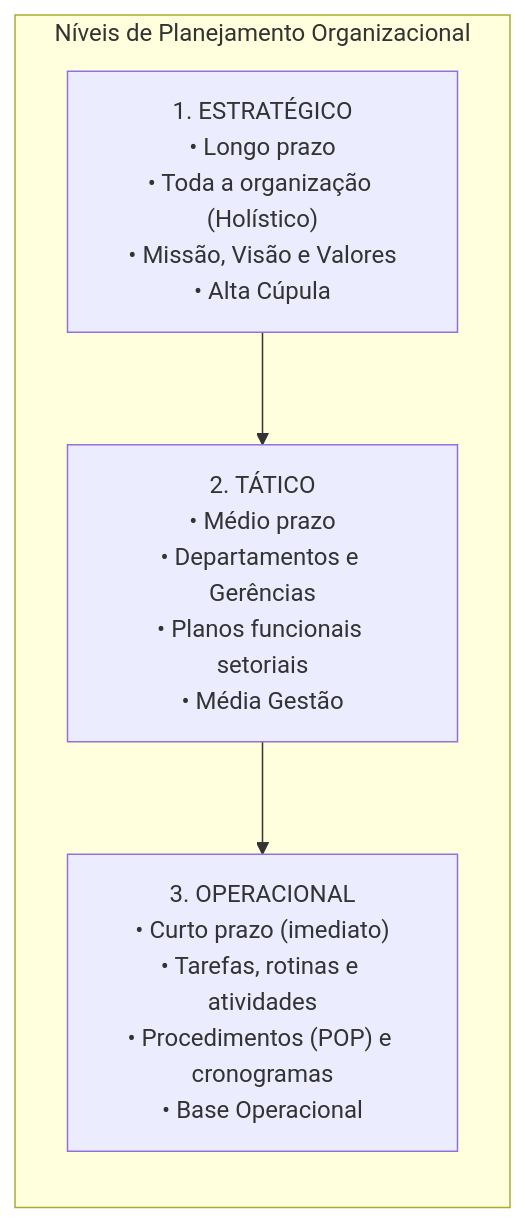
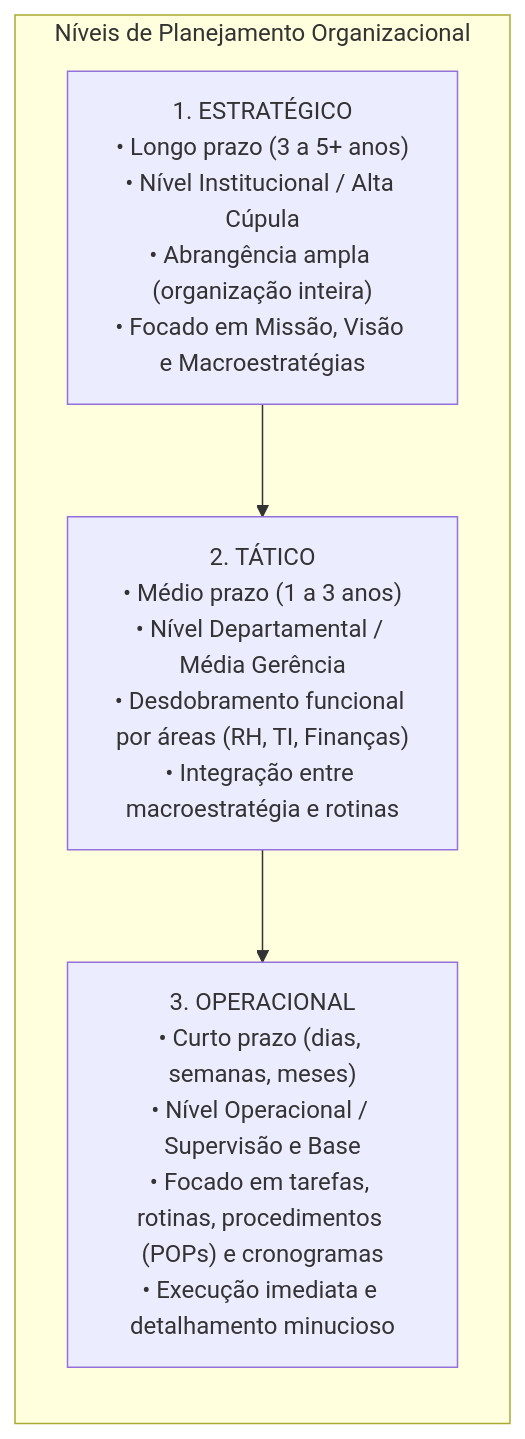
Before and after one commit to thiagosantos346/TCE-GO-2027: the first of 6 diagrams in fontes_de_estudo/conhecimentos_especificos_a01_tecnico_administrativo/21_nocoes_de_administracao_publica/04_planejamento_estrategico_indicadores_e_gestao_por_competencias.md, drawn with Mermaid. The commit also changed other lines of this file and 119 other files, not shown here.

````diff
--- a/fontes_de_estudo/conhecimentos_especificos_a01_tecnico_administrativo/21_nocoes_de_administracao_publica/04_planejamento_estrategico_indicadores_e_gestao_por_competencias.md
+++ b/fontes_de_estudo/conhecimentos_especificos_a01_tecnico_administrativo/21_nocoes_de_administracao_publica/04_planejamento_estrategico_indicadores_e_gestao_por_competencias.md
@@ -82,9 +51,9 @@
 ```mermaid
 flowchart TD
     subgraph Piramide ["Níveis de Planejamento Organizacional"]
         direction TB
-        E["1. ESTRATÉGICO<br/>• Longo prazo<br/>• Toda a organização (Holístico)<br/>• Missão, Visão e Valores<br/>• Alta Cúpula"] 
-        --> T["2. TÁTICO<br/>• Médio prazo<br/>• Departamentos e Gerências<br/>• Planos funcionais setoriais<br/>• Média Gestão"]
-        T --> O["3. OPERACIONAL<br/>• Curto prazo (imediato)<br/>• Tarefas, rotinas e atividades<br/>• Procedimentos (POP) e cronogramas<br/>• Base Operacional"]
+        E["1. ESTRATÉGICO<br/>• Longo prazo (3 a 5+ anos)<br/>• Nível Institucional / Alta Cúpula<br/>• Abrangência ampla (organização inteira)<br/>• Focado em Missão, Visão e Macroestratégias"] 
+        --> T["2. TÁTICO<br/>• Médio prazo (1 a 3 anos)<br/>• Nível Departamental / Média Gerência<br/>• Desdobramento funcional por áreas (RH, TI, Finanças)<br/>• Integração entre macroestratégia e rotinas"]
+        T --> O["3. OPERACIONAL<br/>• Curto prazo (dias, semanas, meses)<br/>• Nível Operacional / Supervisão e Base<br/>• Focado em tarefas, rotinas, procedimentos (POPs) e cronogramas<br/>• Execução imediata e detalhamento minucioso"]
     end
 ```
````
